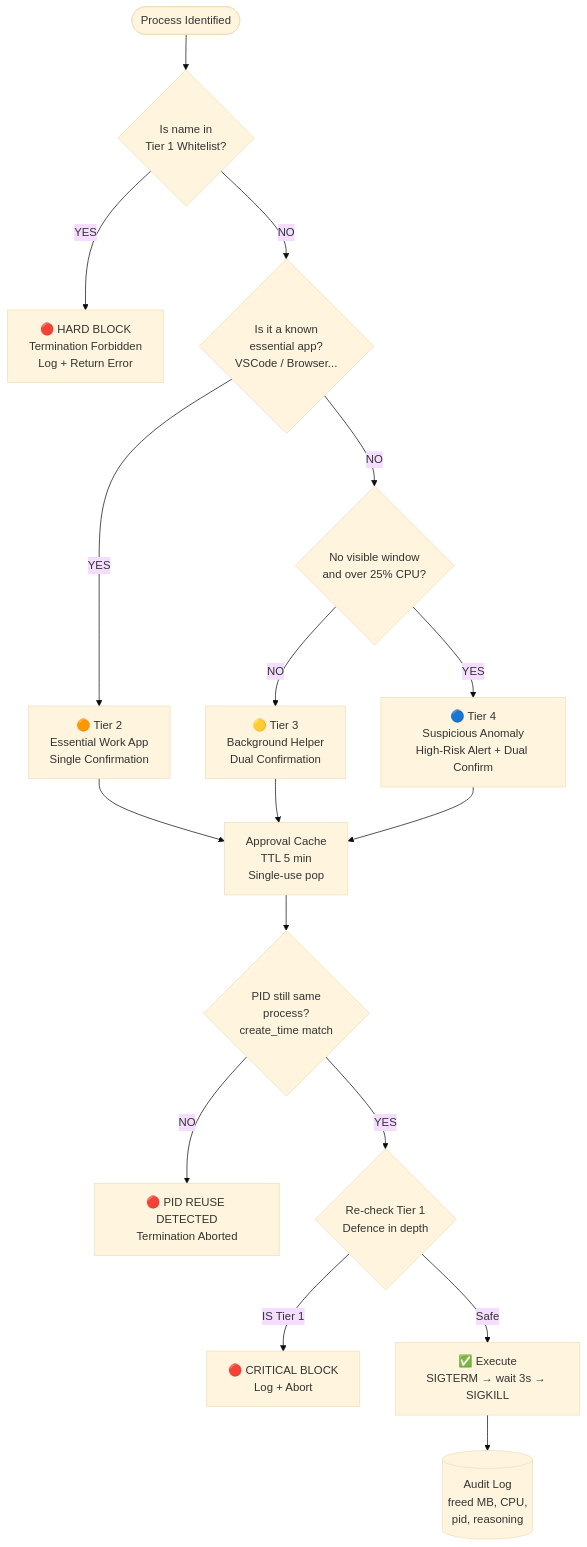
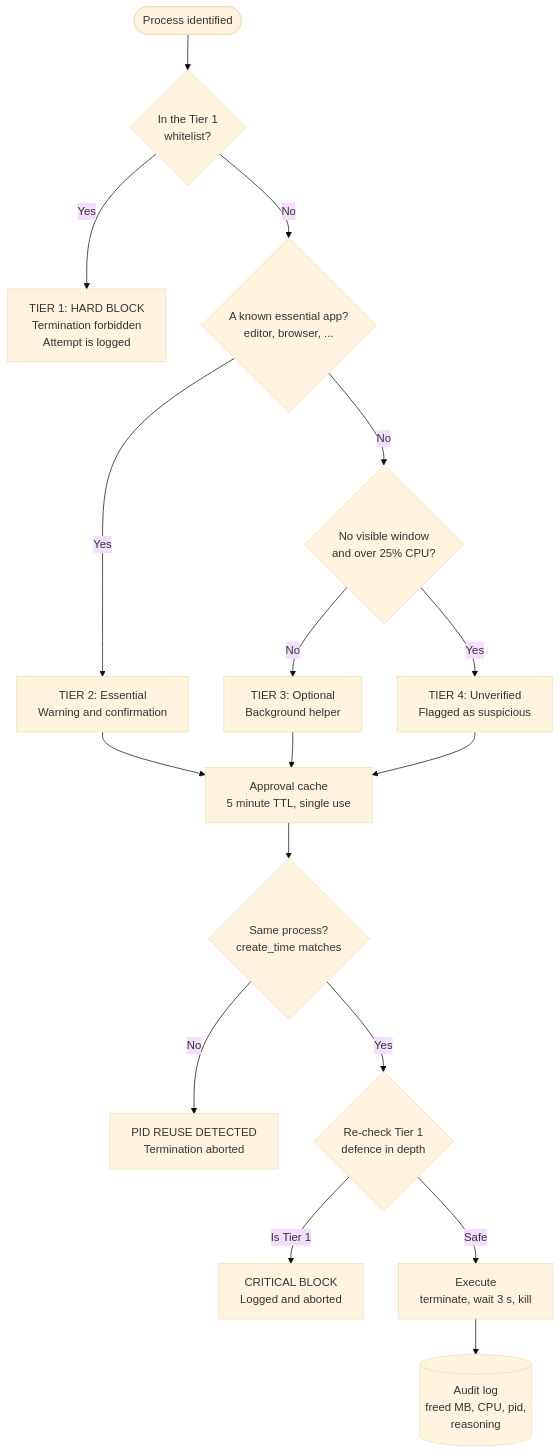
One commit to Rahul-8283/KavanMCP changed diagram 15 of 27 in README.md. Above: the diagram before and after it, drawn with Mermaid (base theme). The commit also changed other lines of this file, not shown here.

````diff
--- a/README.md
+++ b/README.md
@@ -158,24 +597,24 @@
 ```mermaid
 flowchart TD
-    Start([Process Identified]) --> T1{Is name in\nTier 1 Whitelist?}
+    Start(["Process identified"]) --> T1{"In the Tier 1<br/>whitelist?"}
 
-    T1 -->|YES| Block1[🔴 HARD BLOCK\nTermination Forbidden\nLog + Return Error]
-    T1 -->|NO| T2{Is it a known\nessential app?\nVSCode / Browser...}
+    T1 -->|Yes| Block1["TIER 1: HARD BLOCK<br/>Termination forbidden<br/>Attempt is logged"]
+    T1 -->|No| T2{"A known essential app?<br/>editor, browser, ..."}
 
-    T2 -->|YES| Tier2[🟠 Tier 2\nEssential Work App\nSingle Confirmation]
-    T2 -->|NO| T4{No visible window\nand over 25% CPU?}
+    T2 -->|Yes| Tier2["TIER 2: Essential<br/>Warning and confirmation"]
+    T2 -->|No| T4{"No visible window<br/>and over 25% CPU?"}
 
-    T4 -->|YES| Tier4[🔵 Tier 4\nSuspicious Anomaly\nHigh-Risk Alert + Dual Confirm]
-    T4 -->|NO| Tier3[🟡 Tier 3\nBackground Helper\nDual Confirmation]
+    T4 -->|Yes| Tier4["TIER 4: Unverified<br/>Flagged as suspicious"]
+    T4 -->|No| Tier3["TIER 3: Optional<br/>Background helper"]
 
-    Tier2 --> Gate[Approval Cache\nTTL 5 min\nSingle-use pop]
+    Tier2 --> Gate["Approval cache<br/>5 minute TTL, single use"]
     Tier3 --> Gate
     Tier4 --> Gate
 
-    Gate --> PID{PID still same\nprocess?\ncreate_time match}
-    PID -->|NO| Block2[🔴 PID REUSE DETECTED\nTermination Aborted]
-    PID -->|YES| T1Check{Re-check Tier 1\nDefence in depth}
-    T1Check -->|IS Tier 1| Block3[🔴 CRITICAL BLOCK\nLog + Abort]
-    T1Check -->|Safe| Execute[✅ Execute\nSIGTERM → wait 3s → SIGKILL]
-    Execute --> Audit[(Audit Log\nfreed MB, CPU,\npid, reasoning)]
+    Gate --> PID{"Same process?<br/>create_time matches"}
+    PID -->|No| Block2["PID REUSE DETECTED<br/>Termination aborted"]
+    PID -->|Yes| T1Check{"Re-check Tier 1<br/>defence in depth"}
+    T1Check -->|Is Tier 1| Block3["CRITICAL BLOCK<br/>Logged and aborted"]
+    T1Check -->|Safe| Execute["Execute<br/>terminate, wait 3 s, kill"]
+    Execute --> Audit[("Audit log<br/>freed MB, CPU, pid,<br/>reasoning")]
 ```
````
